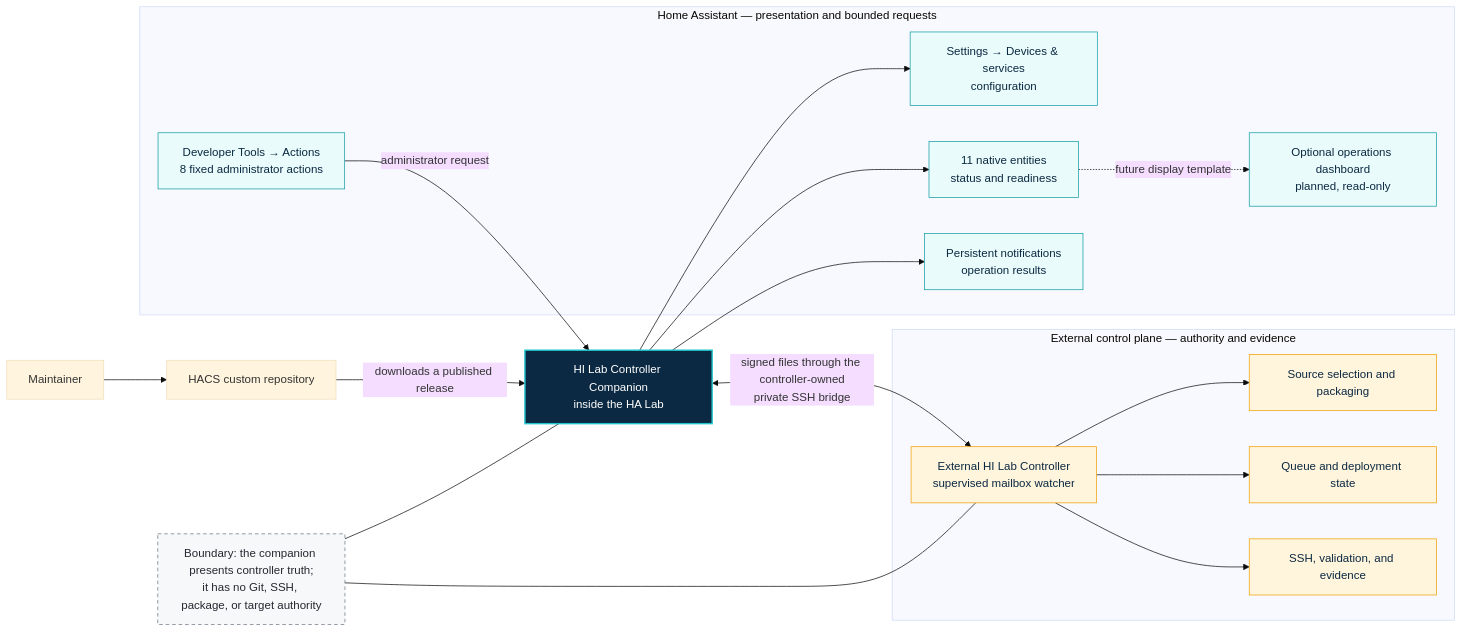
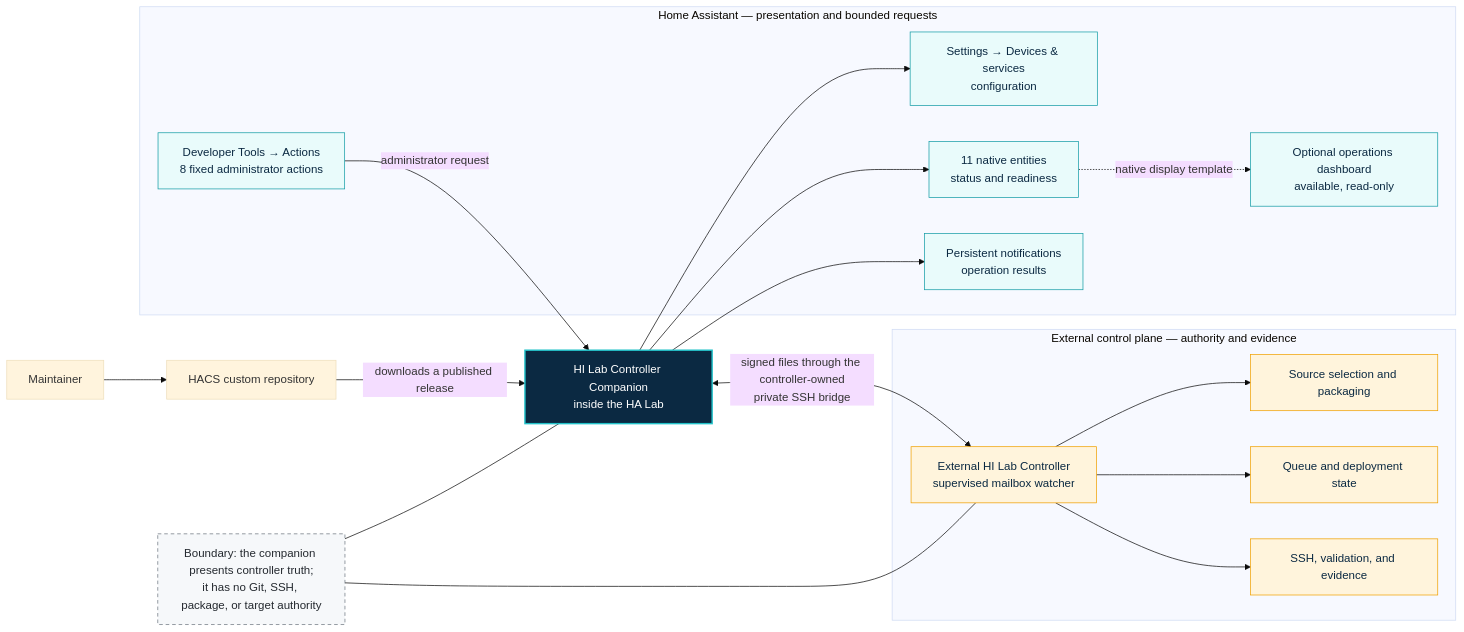
One commit to senyo888/hi-lab-controller-companion changed the diagram in README.md. Above: the diagram before and after it, drawn with Mermaid (base theme). The commit also changed other lines of this file and 9 other files, not shown here.

Commit message:
feat: add polished optional operations dashboard

````diff
--- a/README.md
+++ b/README.md
@@ -37,40 +37,40 @@
 ```mermaid
 flowchart LR
     M["Maintainer"] --> H["HACS custom repository"]
     H -->|"downloads a published release"| C["HI Lab Controller Companion<br/>inside the HA Lab"]
 
     subgraph HA["Home Assistant — presentation and bounded requests"]
         S["Settings → Devices & services<br/>configuration"]
         E["11 native entities<br/>status and readiness"]
         A["Developer Tools → Actions<br/>8 fixed administrator actions"]
         N["Persistent notifications<br/>operation results"]
-        D["Optional operations dashboard<br/>planned, read-only"]
+        D["Optional operations dashboard<br/>available, read-only"]
     end
 
     C --> S
     C --> E
     A -->|"administrator request"| C
     C --> N
-    E -.->|"future display template"| D
+    E -.->|"native display template"| D
 
     C <-->|"signed files through the controller-owned<br/>private SSH bridge"| X["External HI Lab Controller<br/>supervised mailbox watcher"]
 
     subgraph CP["External control plane — authority and evidence"]
         X --> P["Source selection and packaging"]
         X --> Q["Queue and deployment state"]
         X --> R["SSH, validation, and evidence"]
     end
 
     B["Boundary: the companion presents controller truth;<br/>it has no Git, SSH, package, or target authority"]
     B --- C
     B --- X
 
     classDef companion fill:#0b2942,stroke:#22c2c9,color:#ffffff,stroke-width:2px;
     classDef surface fill:#e9fbfb,stroke:#139ca5,color:#0b2942;
     classDef authority fill:#fff4dc,stroke:#f0a000,color:#0b2942;
     classDef boundary fill:#f6f8fa,stroke:#6e7781,color:#24292f,stroke-dasharray: 5 4;
     class C companion;
     class S,E,A,N,D surface;
     class X,P,Q,R authority;
     class B boundary;
 ```
````
